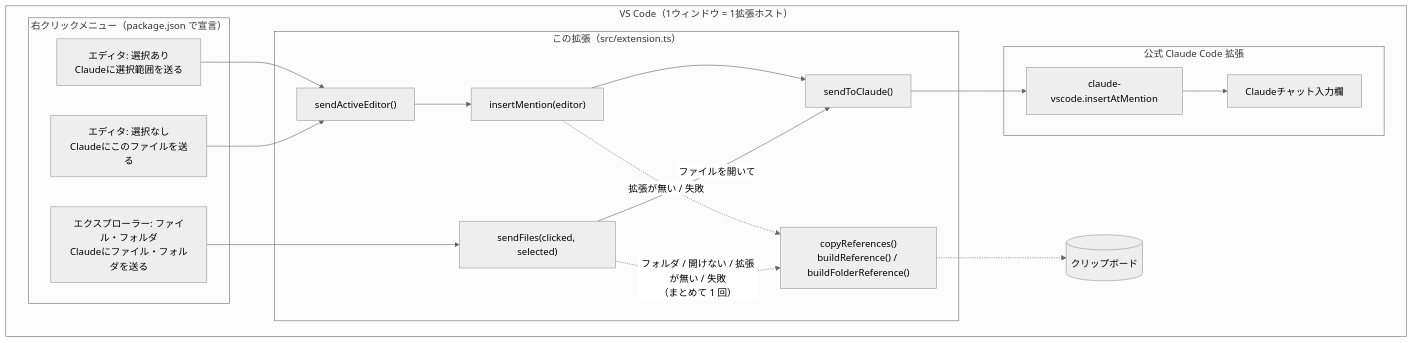
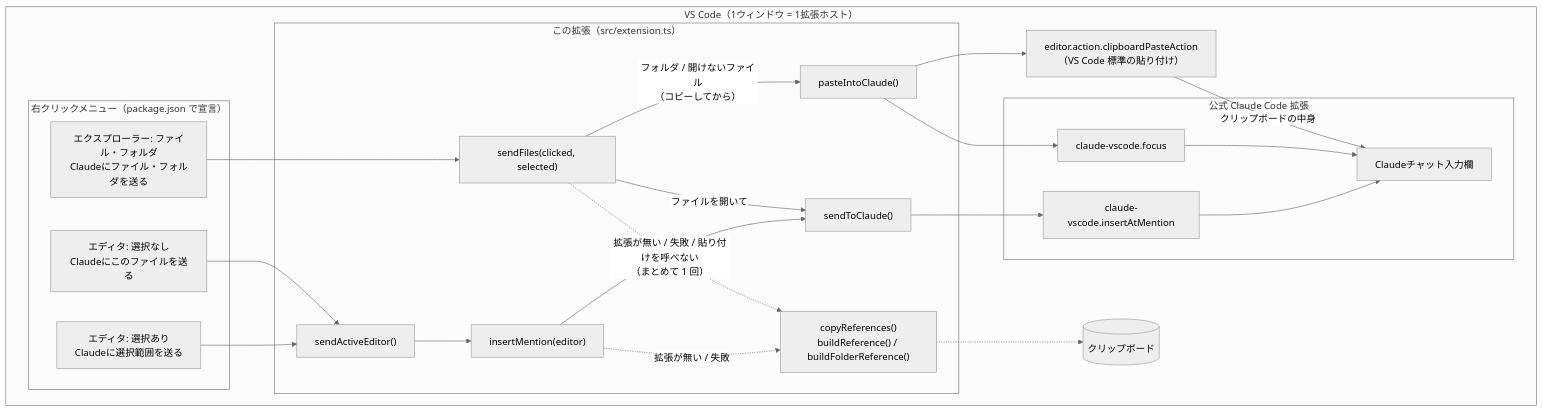
One commit to kip2/refs-to-chat changed the first of 6 diagrams in docs/ARCHITECTURE.md. Above: the diagram before and after it, drawn with Mermaid (neutral theme). The commit also changed other lines of this file and 1 other file, not shown here.

````diff
--- a/docs/ARCHITECTURE.md
+++ b/docs/ARCHITECTURE.md
@@ -15,38 +15,46 @@
 ```mermaid
 flowchart LR
   subgraph VSCode["VS Code（1ウィンドウ = 1拡張ホスト）"]
     direction LR
     subgraph Menus["右クリックメニュー（package.json で宣言）"]
       M1["エディタ: 選択あり<br/>Claudeに選択範囲を送る"]
       M2["エディタ: 選択なし<br/>Claudeにこのファイルを送る"]
       M3["エクスプローラー: ファイル・フォルダ<br/>Claudeにファイル・フォルダを送る"]
     end
 
     subgraph Ext["この拡張（src/extension.ts）"]
       SAE["sendActiveEditor()"]
       SF["sendFiles(clicked, selected)"]
       IM["insertMention(editor)"]
       STC["sendToClaude()"]
+      PST["pasteIntoClaude()"]
       FB["copyReferences()<br/>buildReference() / buildFolderReference()"]
     end
 
     subgraph Claude["公式 Claude Code 拡張"]
       C1["claude-vscode.insertAtMention"]
+      C2["claude-vscode.focus"]
       P["Claudeチャット入力欄"]
     end
 
     CB[("クリップボード")]
+    PASTE["editor.action.clipboardPasteAction<br/>（VS Code 標準の貼り付け）"]
   end
 
   M1 --> SAE
   M2 --> SAE
   M3 --> SF
   SAE --> IM
   IM --> STC
   SF -->|ファイルを開いて| STC
   STC --> C1
   C1 --> P
+  SF -->|フォルダ / 開けないファイル<br/>（コピーしてから）| PST
+  PST --> C2
+  C2 --> P
+  PST --> PASTE
+  PASTE -->|クリップボードの中身| P
   IM -.->|拡張が無い / 失敗| FB
-  SF -.->|フォルダ / 開けない / 拡張が無い / 失敗<br/>（まとめて 1 回）| FB
+  SF -.->|拡張が無い / 失敗 / 貼り付けを呼べない<br/>（まとめて 1 回）| FB
   FB -.-> CB
 ```
````
